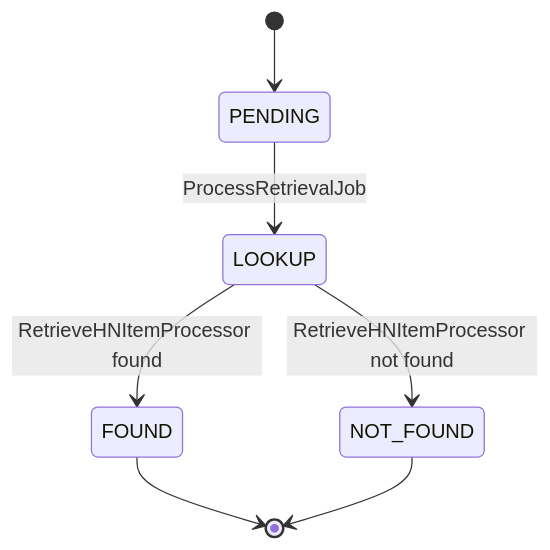
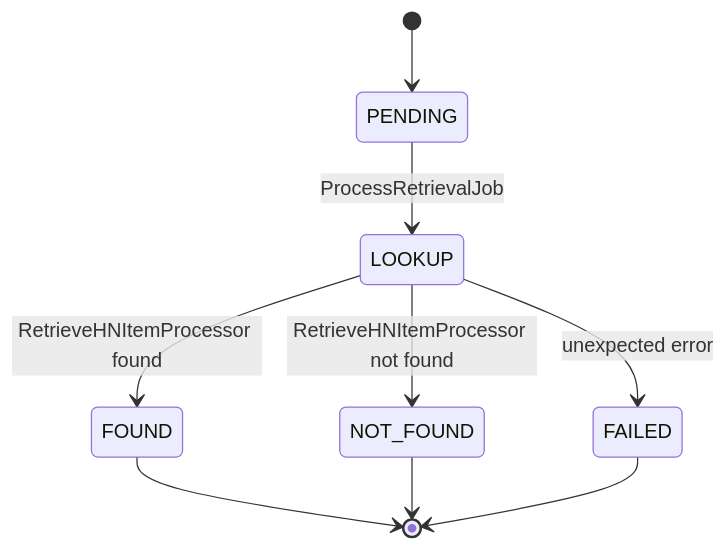
The third of 3 diagrams in src/main/java/com/java_template/prototype/functional_requirement.md (Cyoda-platform/java-client-template), drawn with Mermaid before and after one commit. The commit also changed other lines of this file, not shown here.

````diff
--- a/src/main/java/com/java_template/prototype/functional_requirement.md
+++ b/src/main/java/com/java_template/prototype/functional_requirement.md
@@ -84,9 +115,11 @@
 ```mermaid
 stateDiagram-v2
     [*] --> PENDING
     PENDING --> LOOKUP : ProcessRetrievalJob
     LOOKUP --> FOUND : RetrieveHNItemProcessor found
     LOOKUP --> NOT_FOUND : RetrieveHNItemProcessor not found
+    LOOKUP --> FAILED : unexpected error
     FOUND --> [*]
     NOT_FOUND --> [*]
+    FAILED --> [*]
 ```
````
